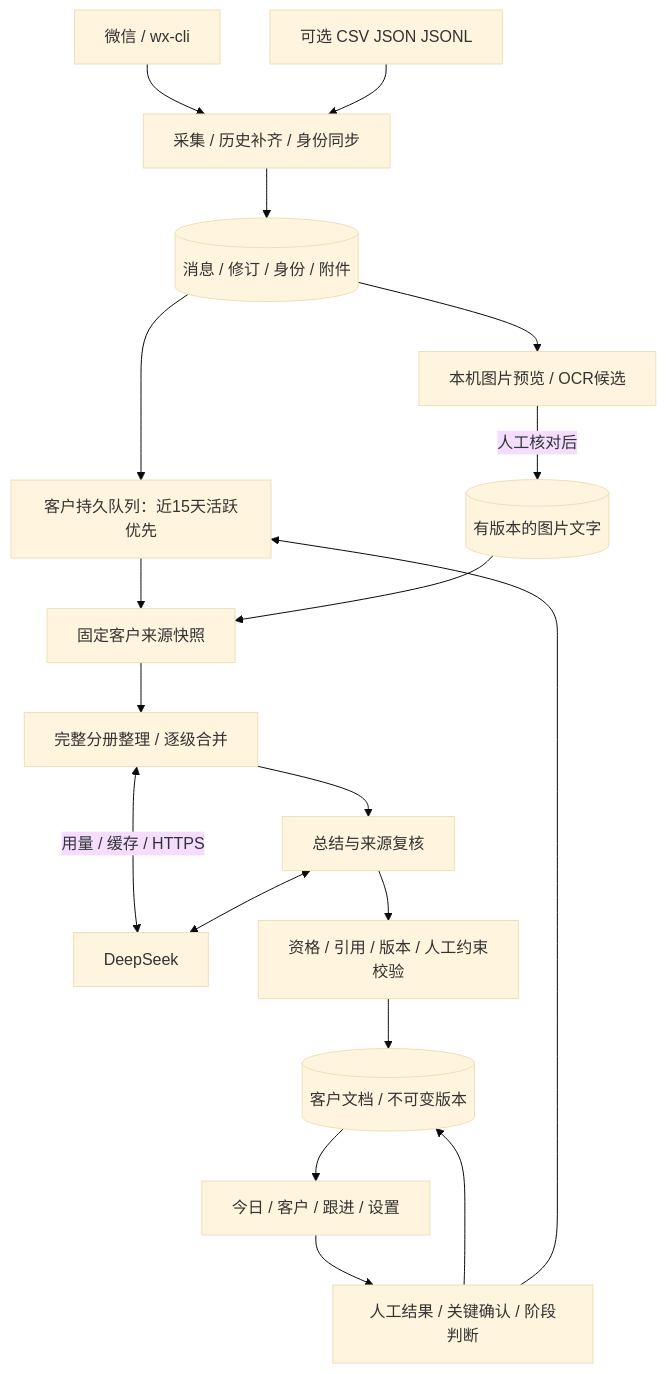
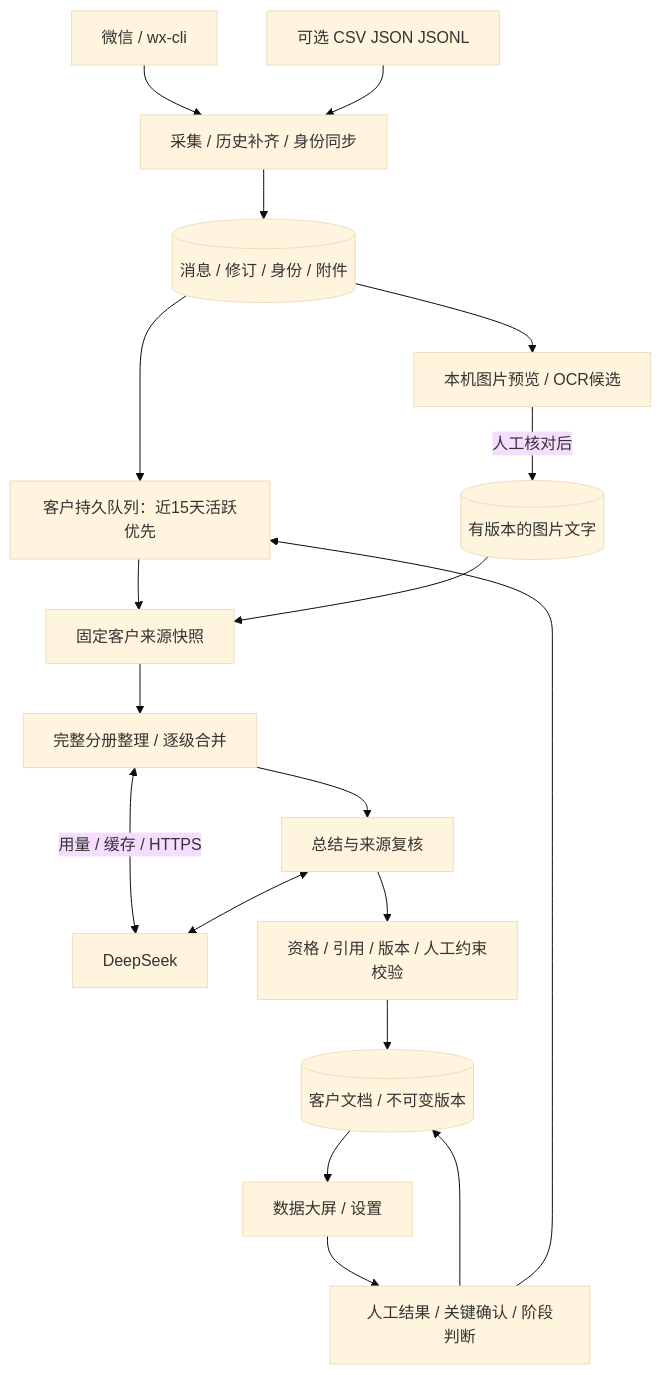
The diagram in docs/SYSTEM_ARCHITECTURE.md (EligahYy/Wechat-Agent), drawn with Mermaid (base theme) before and after one commit. The commit also changed other lines of this file and 28 other files, not shown here.

````diff
--- a/docs/SYSTEM_ARCHITECTURE.md
+++ b/docs/SYSTEM_ARCHITECTURE.md
@@ -9,21 +9,21 @@
 ```mermaid
 flowchart TD
     W[微信 / wx-cli] --> C[采集 / 历史补齐 / 身份同步]
     F[可选 CSV JSON JSONL] --> C
     C --> S[(消息 / 修订 / 身份 / 附件)]
     S --> Q[客户持久队列：近15天活跃优先]
     Q --> A[固定客户来源快照]
     A --> P[完整分册整理 / 逐级合并]
     P --> M[总结与来源复核]
     P <-->|用量 / 缓存 / HTTPS| L[DeepSeek]
     M <--> L
     M --> V[资格 / 引用 / 版本 / 人工约束校验]
     V --> D[(客户文档 / 不可变版本)]
-    D --> U[今日 / 客户 / 跟进 / 设置]
+    D --> U[数据大屏 / 设置]
     U --> H[人工结果 / 关键确认 / 阶段判断]
     H --> D
     H --> Q
     S --> I[本机图片预览 / OCR候选]
     I -->|人工核对后| T[(有版本的图片文字)]
     T --> A
 ```
````
